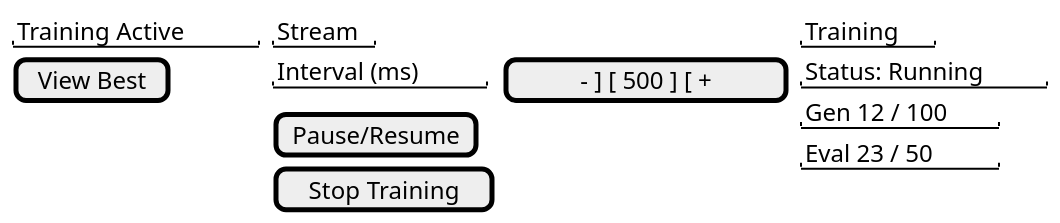
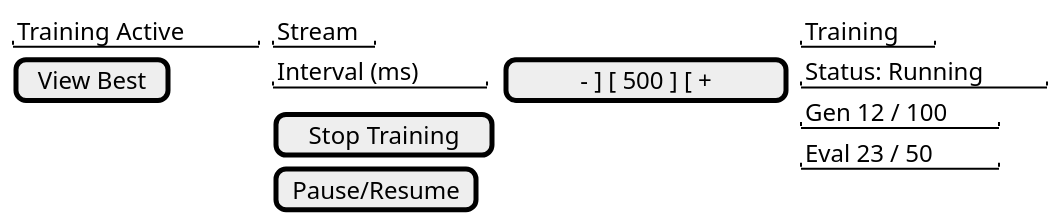
The first of 2 diagrams in apps/src/ui/docs/src/screens/training-active.md (aortez/dirtsim), drawn with PlantUML before and after one commit. The commit also changed other lines of this file and 22 other files, not shown here.

````diff
--- a/apps/src/ui/docs/src/screens/training-active.md
+++ b/apps/src/ui/docs/src/screens/training-active.md
@@ -3,21 +3,21 @@
 ```plantuml
 @startsalt
 scale 1.6
 {
   {
     "Training Active"
     [View Best]
   } | {
     "Stream"
     "Interval (ms)" | [ - ] [ 500 ] [ + ]
+    [Stop Training]
     [Pause/Resume]
-    [Stop Training]
   } | {
     "Training"
     "Status: Running"
     "Gen 12 / 100"
     "Eval 23 / 50"
   }
 }
 @endsalt
 ```
````
